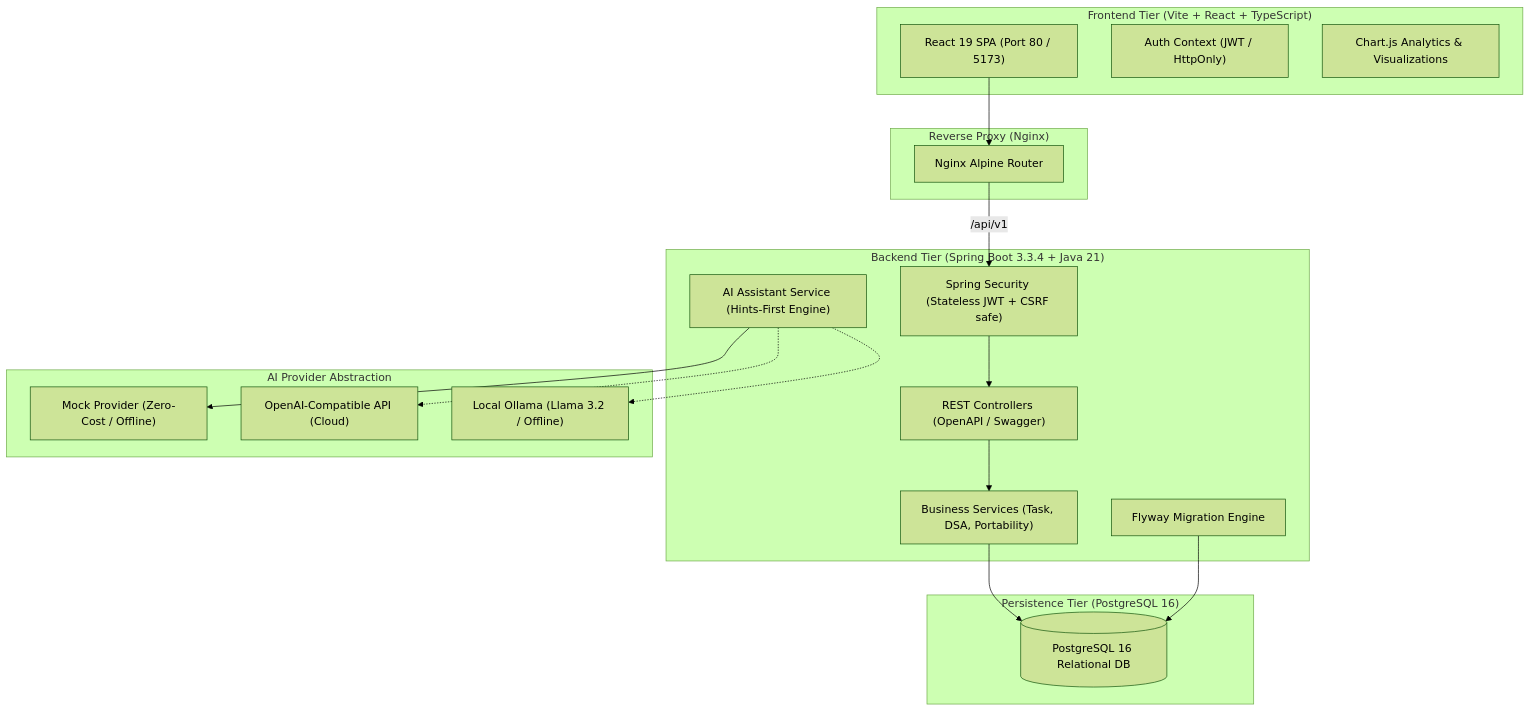
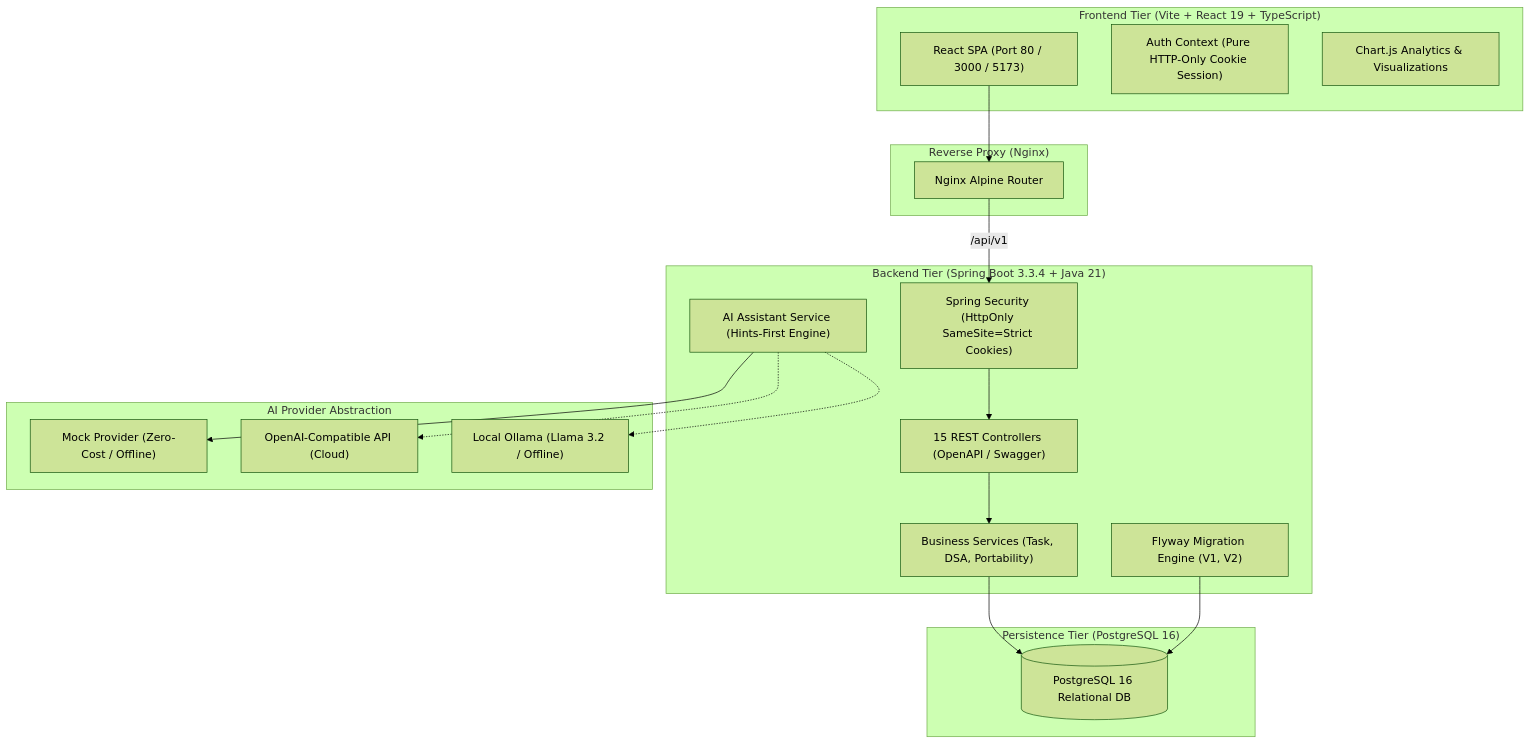
One commit to jayasuriya-it21/StudyTracker changed the diagram in README.md. Above: the diagram before and after it, drawn with Mermaid (forest theme). The commit also changed other lines of this file and 46 other files, not shown here.

Commit message:
feat: complete production security, HTTP-only cookie auth, dedicated controllers, and testcontainers

````diff
--- a/README.md
+++ b/README.md
@@ -16,40 +16,40 @@
 ```mermaid
 flowchart TD
-    subgraph Client["Frontend Tier (Vite + React + TypeScript)"]
-        UI["React 19 SPA (Port 80 / 5173)"]
-        AuthContext["Auth Context (JWT / HttpOnly)"]
+    subgraph Client["Frontend Tier (Vite + React 19 + TypeScript)"]
+        UI["React SPA (Port 80 / 3000 / 5173)"]
+        AuthContext["Auth Context (Pure HTTP-Only Cookie Session)"]
         Charts["Chart.js Analytics & Visualizations"]
     end
 
     subgraph ReverseProxy["Reverse Proxy (Nginx)"]
         Nginx["Nginx Alpine Router"]
     end
 
     subgraph BackendTier["Backend Tier (Spring Boot 3.3.4 + Java 21)"]
-        Security["Spring Security (Stateless JWT + CSRF safe)"]
-        API["REST Controllers (OpenAPI / Swagger)"]
+        Security["Spring Security (HttpOnly SameSite=Strict Cookies)"]
+        API["15 REST Controllers (OpenAPI / Swagger)"]
         Services["Business Services (Task, DSA, Portability)"]
-        Flyway["Flyway Migration Engine"]
+        Flyway["Flyway Migration Engine (V1, V2)"]
         AiService["AI Assistant Service (Hints-First Engine)"]
     end
 
     subgraph DataTier["Persistence Tier (PostgreSQL 16)"]
         Postgres[("PostgreSQL 16 Relational DB")]
     end
 
     subgraph AIProviders["AI Provider Abstraction"]
         Mock["Mock Provider (Zero-Cost / Offline)"]
         OpenAI["OpenAI-Compatible API (Cloud)"]
         Ollama["Local Ollama (Llama 3.2 / Offline)"]
     end
 
     UI --> Nginx
     Nginx -->|/api/v1| Security
     Security --> API
     API --> Services
     Services --> Postgres
     Flyway --> Postgres
     AiService --> Mock
     AiService -.-> OpenAI
     AiService -.-> Ollama
 ```
````
